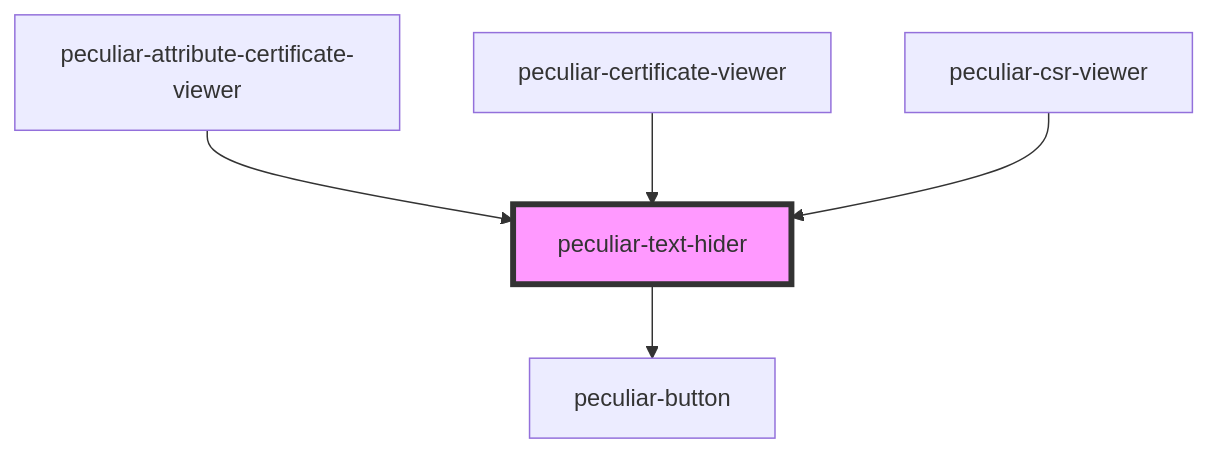
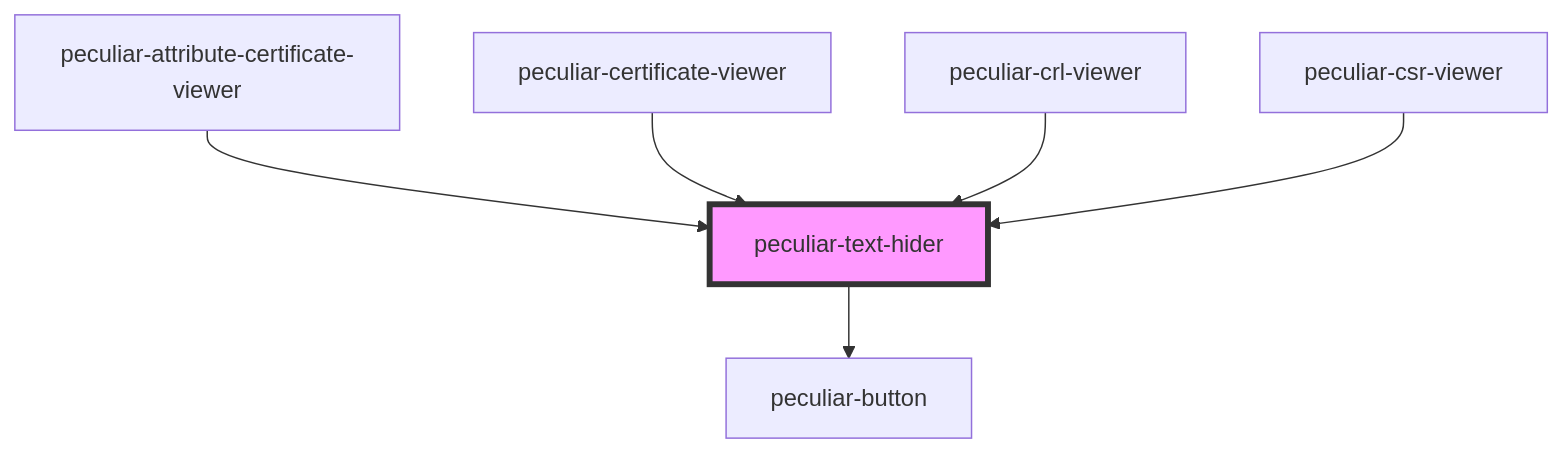
Before and after one commit to PeculiarVentures/pv-certificates-viewer: the diagram in packages/webcomponents/src/components/text-hider/readme.md, drawn with Mermaid. The commit also changed other lines of this file and 5 other files, not shown here.

````diff
--- a/packages/webcomponents/src/components/text-hider/readme.md
+++ b/packages/webcomponents/src/components/text-hider/readme.md
@@ -35,8 +36,9 @@
 ```mermaid
 graph TD;
   peculiar-text-hider --> peculiar-button
   peculiar-attribute-certificate-viewer --> peculiar-text-hider
   peculiar-certificate-viewer --> peculiar-text-hider
+  peculiar-crl-viewer --> peculiar-text-hider
   peculiar-csr-viewer --> peculiar-text-hider
   style peculiar-text-hider fill:#f9f,stroke:#333,stroke-width:4px
 ```
````
